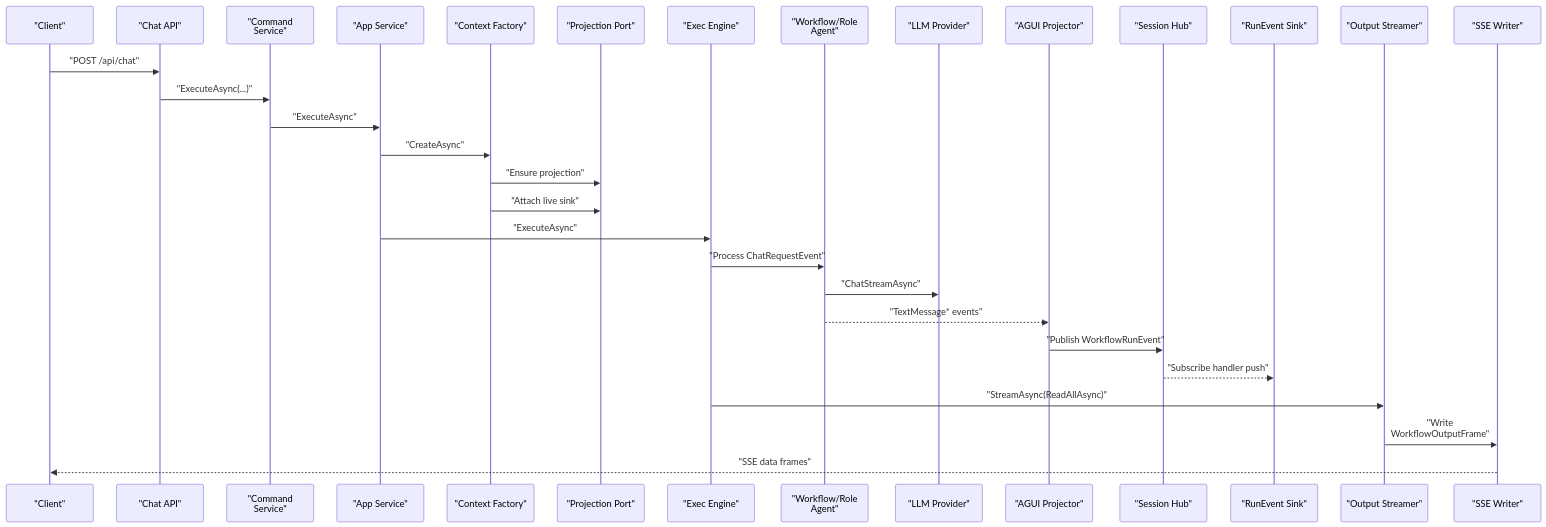
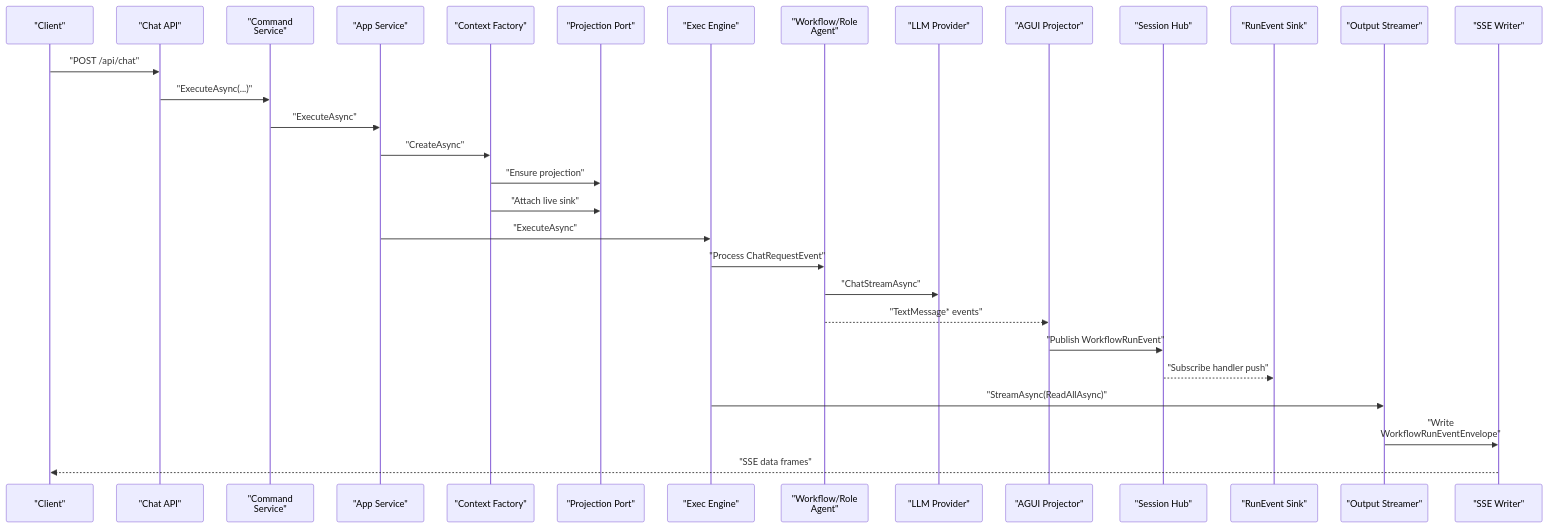
The second of 5 diagrams in docs/WORKFLOW_LLM_STREAMING_ARCHITECTURE.md (aevatarAI/aevatar), drawn with Mermaid before and after one commit. The commit also changed other lines of this file and 77 other files, not shown here.

First line of the commit message:
Refactor command interaction services and enhance CQRS architecture

````diff
--- a/docs/WORKFLOW_LLM_STREAMING_ARCHITECTURE.md
+++ b/docs/WORKFLOW_LLM_STREAMING_ARCHITECTURE.md
@@ -106,34 +106,34 @@
 ```mermaid
 %%{init: {"maxTextSize": 100000, "flowchart": {"useMaxWidth": false, "nodeSpacing": 10, "rankSpacing": 50}, "themeVariables": {"fontSize": "10px"}, "sequence": {"useMaxWidth": false, "actorFontSize": 10, "messageFontSize": 10, "noteFontSize": 10, "actorMargin": 40, "messageMargin": 12, "diagramMarginX": 16, "diagramMarginY": 16, "wrap": true}}}%%
 sequenceDiagram
     participant CL as "Client"
     participant API as "Chat API"
     participant CMD as "Command Service"
     participant APP as "App Service"
     participant CTX as "Context Factory"
     participant LIF as "Projection Port"
     participant ENG as "Exec Engine"
     participant ACT as "Workflow/Role Agent"
     participant LLM as "LLM Provider"
     participant PRJ as "AGUI Projector"
     participant HUB as "Session Hub"
     participant SINK as "RunEvent Sink"
     participant OUT as "Output Streamer"
     participant SSE as "SSE Writer"
 
     CL->>API: "POST /api/chat"
     API->>CMD: "ExecuteAsync(...)"
     CMD->>APP: "ExecuteAsync"
     APP->>CTX: "CreateAsync"
     CTX->>LIF: "Ensure projection"
     CTX->>LIF: "Attach live sink"
     APP->>ENG: "ExecuteAsync"
     ENG->>ACT: "Process ChatRequestEvent"
     ACT->>LLM: "ChatStreamAsync"
     ACT-->>PRJ: "TextMessage* events"
     PRJ->>HUB: "Publish WorkflowRunEvent"
     HUB-->>SINK: "Subscribe handler push"
     ENG->>OUT: "StreamAsync(ReadAllAsync)"
-    OUT->>SSE: "Write WorkflowOutputFrame"
+    OUT->>SSE: "Write WorkflowRunEventEnvelope"
     SSE-->>CL: "SSE data frames"
 ```
````
